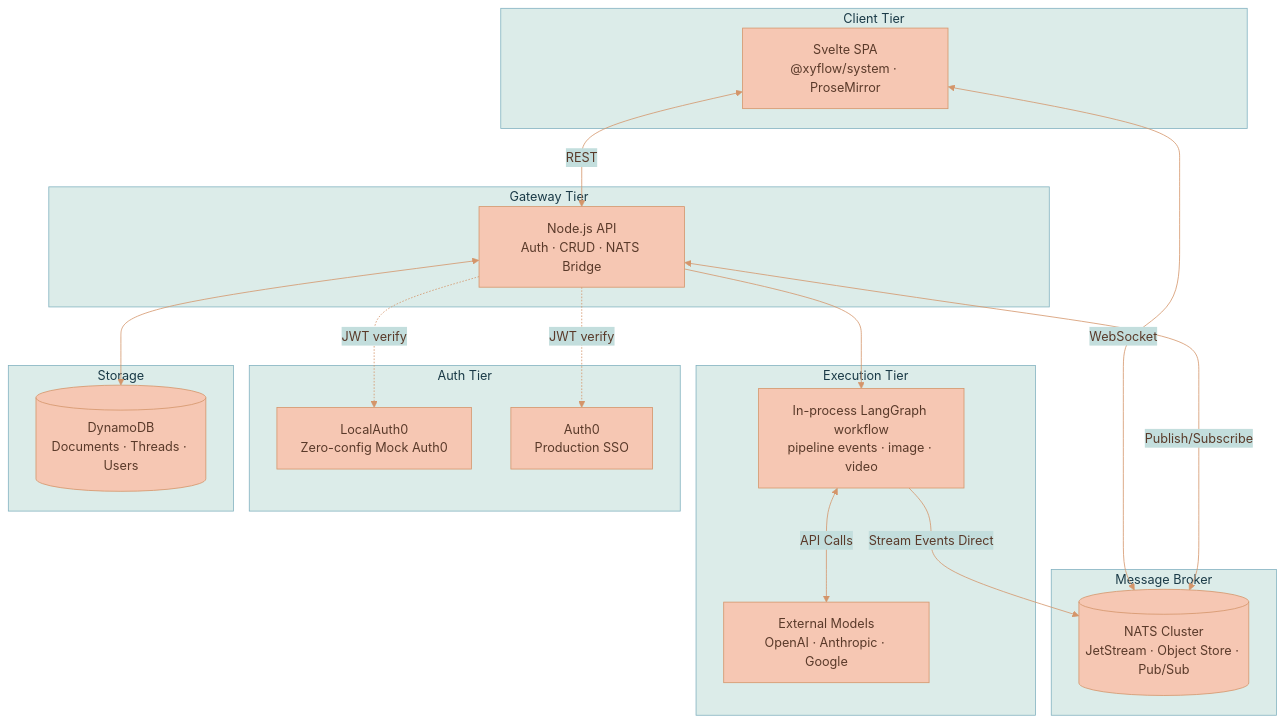
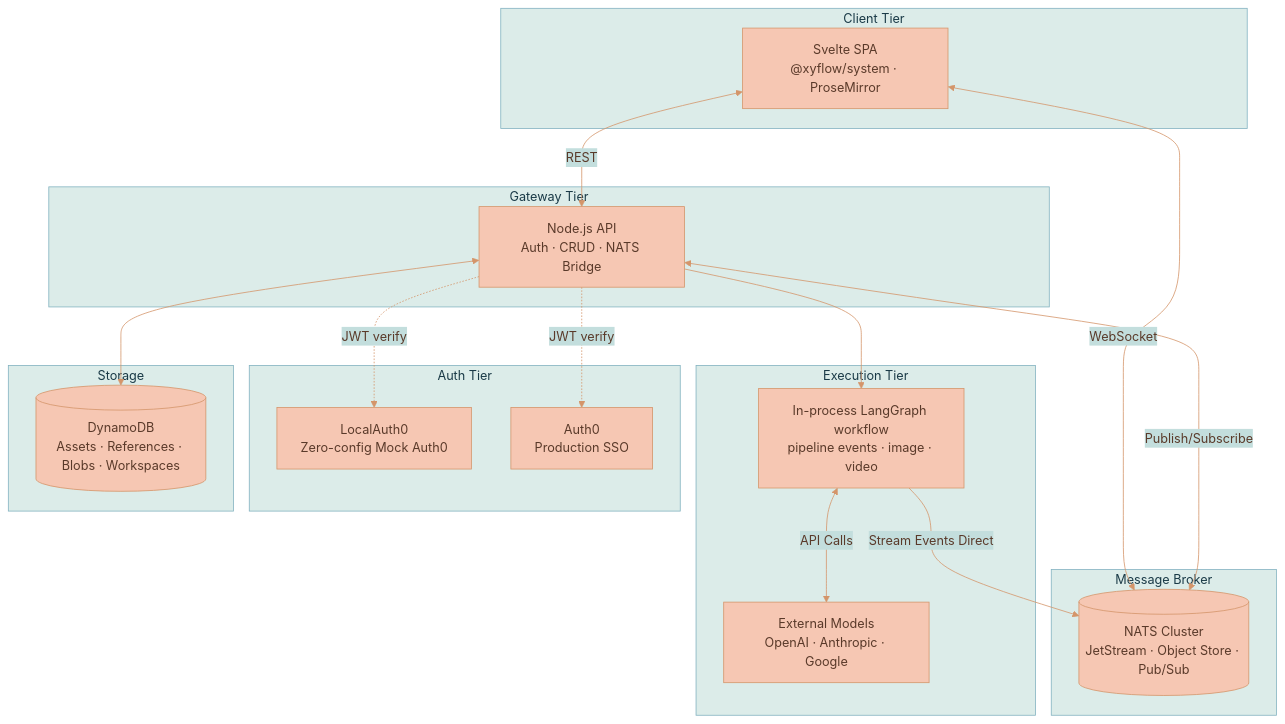
The fourth of 7 diagrams in documentation/PRODUCT-OVERVIEW.md (Lixpi/lixpi), drawn with Mermaid before and after one commit. The commit also changed other lines of this file and 225 other files, not shown here.

````diff
--- a/documentation/PRODUCT-OVERVIEW.md
+++ b/documentation/PRODUCT-OVERVIEW.md
@@ -162,39 +162,39 @@
 ```mermaid
 %%{init: {'theme': 'base', 'themeVariables': { 'primaryColor': '#F6C7B3', 'primaryTextColor': '#5a3a2a', 'primaryBorderColor': '#d4956a', 'secondaryColor': '#C3DEDD', 'secondaryTextColor': '#1a3a47', 'secondaryBorderColor': '#4a8a9d', 'tertiaryColor': '#DCECE9', 'tertiaryTextColor': '#1a3a47', 'tertiaryBorderColor': '#82B2C0', 'lineColor': '#d4956a', 'textColor': '#5a3a2a'}}}%%
 graph TB
     subgraph "Client Tier"
         UI[Svelte SPA<br/>@xyflow/system · ProseMirror]
     end
 
     subgraph "Gateway Tier"
         API[Node.js API<br/>Auth · CRUD · NATS Bridge]
     end
 
     subgraph "Message Broker"
         NATS[(NATS Cluster<br/>JetStream · Object Store · Pub/Sub)]
     end
 
     subgraph "Execution Tier"
         LLM[In-process LangGraph workflow<br/>pipeline events · image · video]
         Provider[External Models<br/>OpenAI · Anthropic · Google]
     end
 
     subgraph "Auth Tier"
         LA[LocalAuth0<br/>Zero-config Mock Auth0]
         Auth0[Auth0<br/>Production SSO]
     end
 
     subgraph "Storage"
-        DDB[(DynamoDB<br/>Documents · Threads · Users)]
+        DDB[(DynamoDB<br/>Assets · References · Blobs · Workspaces)]
     end
 
     UI <-->|WebSocket| NATS
     UI <-->|REST| API
     API <-->|Publish/Subscribe| NATS
     API <--> DDB
     API --> LLM
     LLM <-->|API Calls| Provider
     LLM -->|Stream Events Direct| NATS
     API -.->|JWT verify| LA
     API -.->|JWT verify| Auth0
 ```
````
